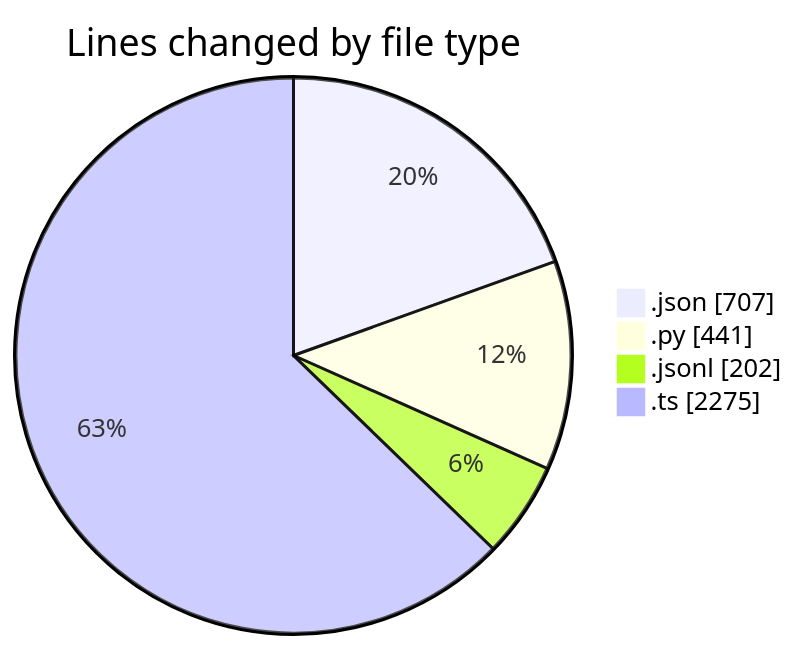
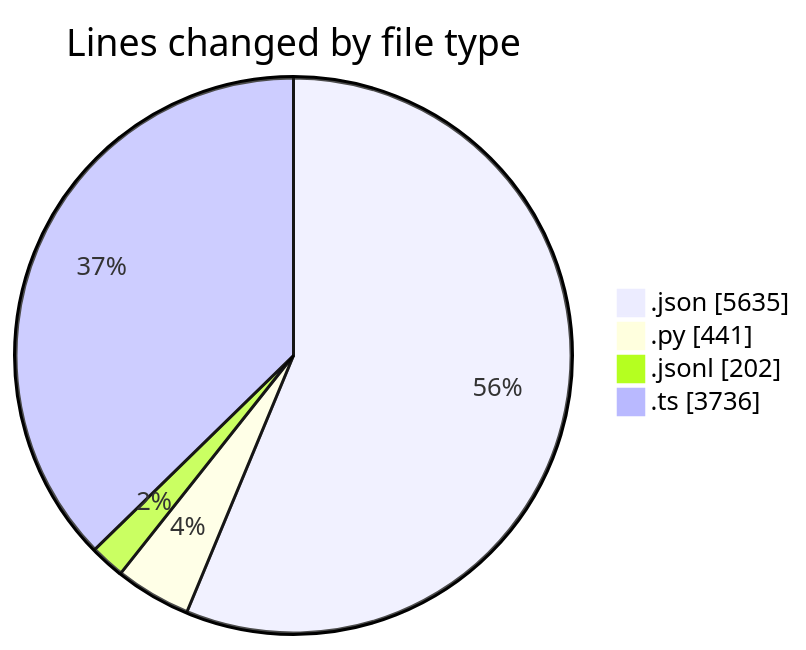
One commit to EIIisD/code-tracking changed the first of 2 diagrams in 2025-08-23/_claude/README.md. Above: the diagram before and after it, drawn with Mermaid. The commit also changed other lines of this file and 1 other file, not shown here.

````diff
--- a/2025-08-23/_claude/README.md
+++ b/2025-08-23/_claude/README.md
@@ -25,8 +26,8 @@
 ```mermaid
 pie showData
 title Lines changed by file type
-".json" : 707
+".json" : 5635
 ".py" : 441
 ".jsonl" : 202
-".ts" : 2275
+".ts" : 3736
 ```
````
